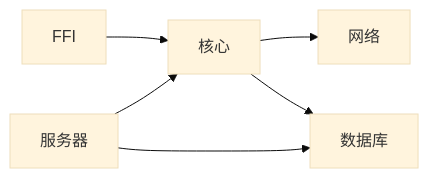
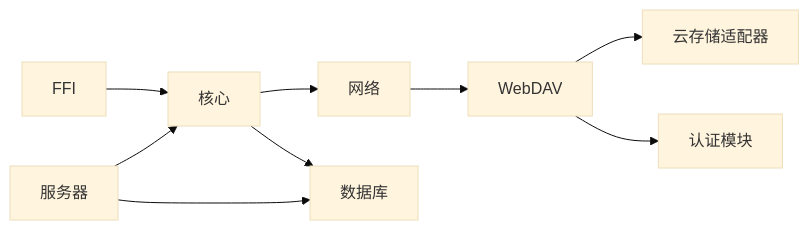
One commit to ZhangGHGitHub/LegadoTeamFlutter changed diagram 11 of 11 in .qoder/repowiki/zh/content/架构设计/分层架构设计/数据访问层/数据同步机制.md. Above: the diagram before and after it, drawn with Mermaid (base theme). The commit also changed other lines of this file and 66 other files, not shown here.

````diff
--- a/.qoder/repowiki/zh/content/架构设计/分层架构设计/数据访问层/数据同步机制.md
+++ b/.qoder/repowiki/zh/content/架构设计/分层架构设计/数据访问层/数据同步机制.md
@@ -425,8 +546,11 @@
 ```mermaid
 graph LR
 FFI["FFI"] --> CORE["核心"]
 CORE --> NET["网络"]
 CORE --> DB["数据库"]
 SERVER["服务器"] --> CORE
 SERVER --> DB
+NET --> WEBDAV["WebDAV"]
+WEBDAV --> CLOUD["云存储适配器"]
+WEBDAV --> AUTH["认证模块"]
 ```
````
